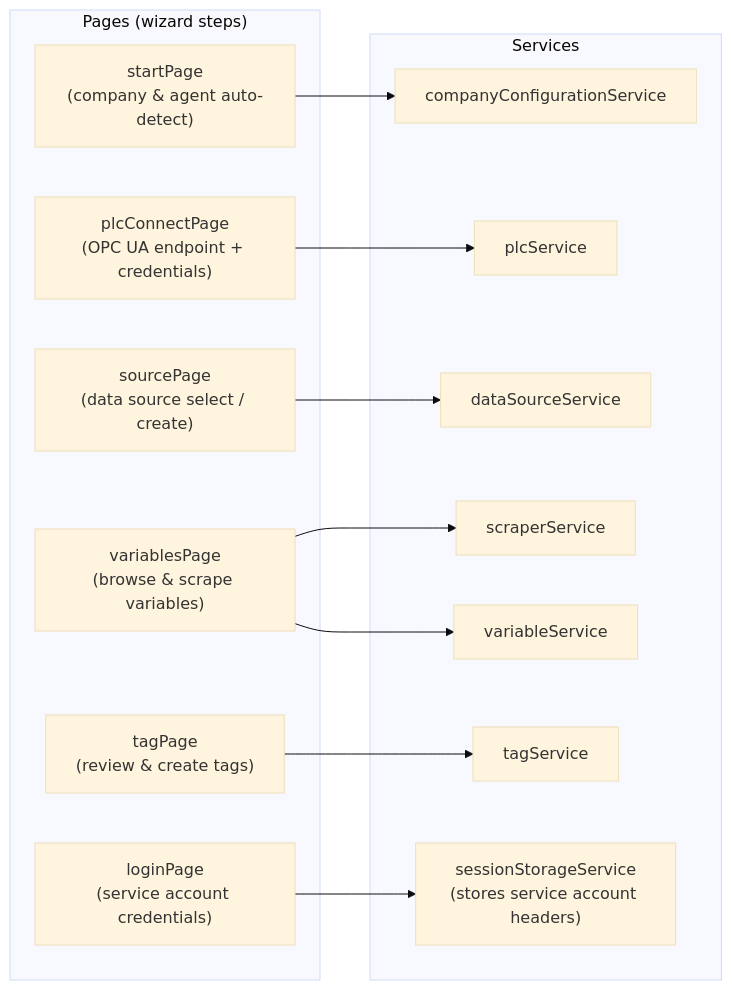
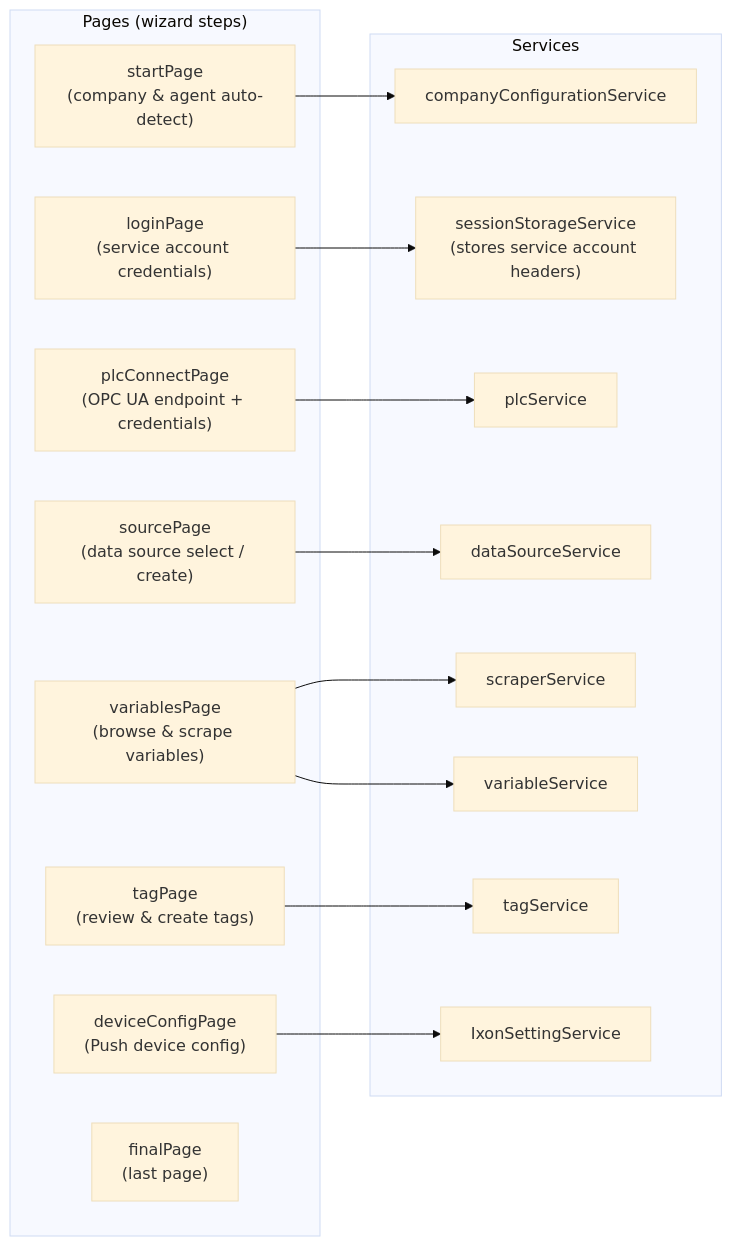
The second of 5 diagrams in docs/05_building_block_view.adoc (Rebel-it/rebel-ot-discover-edgeapp), drawn with Mermaid (base theme) before and after one commit. The commit also changed other lines of this file and 3 other files, not shown here.

```diff
--- a/docs/05_building_block_view.adoc
+++ b/docs/05_building_block_view.adoc
@@ -75,30 +75,34 @@
 [mermaid]
 ....
 flowchart LR
     subgraph pages["Pages (wizard steps)"]
         p1["loginPage\n(service account credentials)"]
         p2["startPage\n(company &amp; agent auto-detect)"]
         p3["plcConnectPage\n(OPC UA endpoint + credentials)"]
         p4["sourcePage\n(data source select / create)"]
         p5["variablesPage\n(browse &amp; scrape variables)"]
         p6["tagPage\n(review &amp; create tags)"]
+        p7["deviceConfigPage\n(Push device config)"]
+        p8["finalPage\n(last page)"]
     end
 
     subgraph services["Services"]
         s1["companyConfigurationService"]
+        s7["sessionStorageService\n(stores service account headers)"]
         s2["plcService"]
         s3["dataSourceService"]
         s4["scraperService"]
         s5["variableService"]
         s6["tagService"]
-        s7["sessionStorageService\n(stores service account headers)"]
+        s8["IxonSettingService"]
     end
 
     p1 --> s7
     p2 --> s1
     p3 --> s2
     p4 --> s3
     p5 --> s4
     p5 --> s5
     p6 --> s6
+    p7 --> s8
 ....
```
